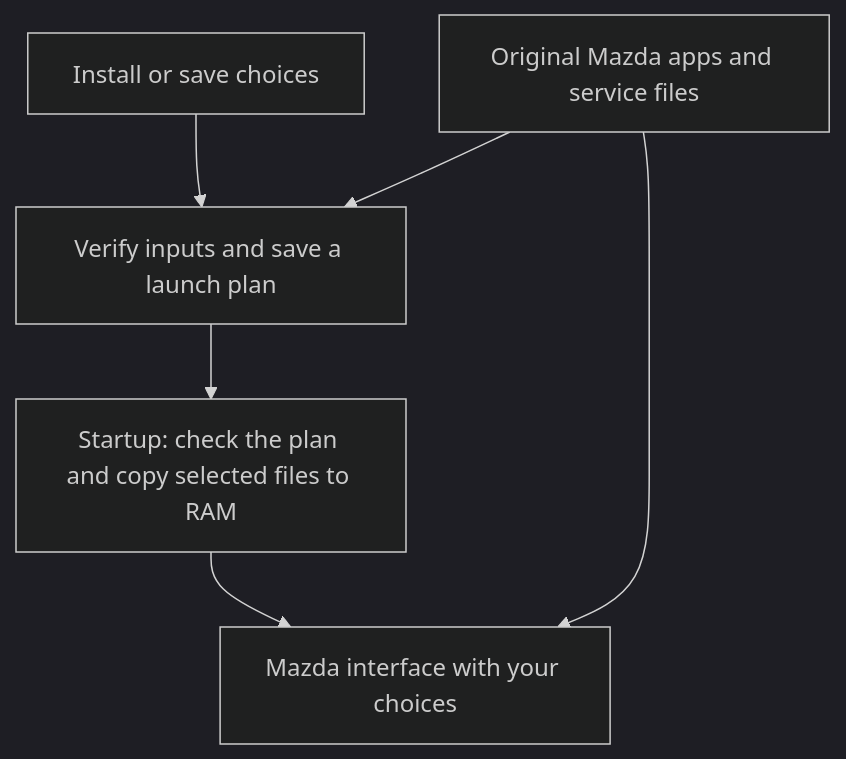
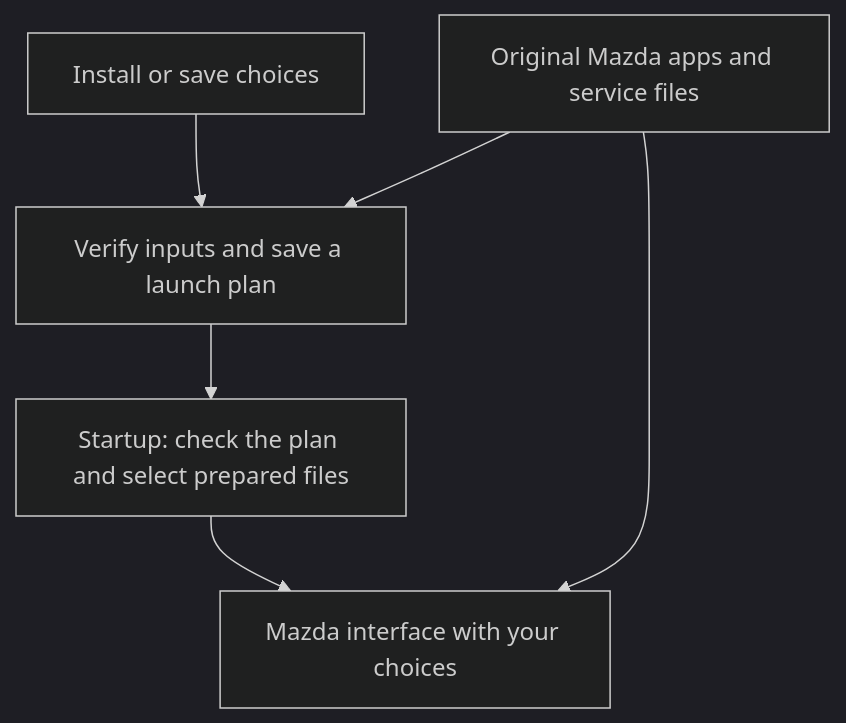
Before and after one commit to aeharding/open-connect: the first of 3 diagrams in docs/how-it-works.md, drawn with Mermaid (dark theme). The commit also changed other lines of this file and 5 other files, not shown here.

````diff
--- a/docs/how-it-works.md
+++ b/docs/how-it-works.md
@@ -8,8 +8,8 @@
 ```mermaid
 flowchart TD
     choices["Install or save choices"] --> saved["Verify inputs and save a launch plan"]
     originals["Original Mazda apps and service files"] --> saved
-    saved --> ram["Startup: check the plan and copy selected files to RAM"]
+    saved --> ram["Startup: check the plan and select prepared files"]
     ram --> screen["Mazda interface with your choices"]
     originals --> screen
 ```
````
